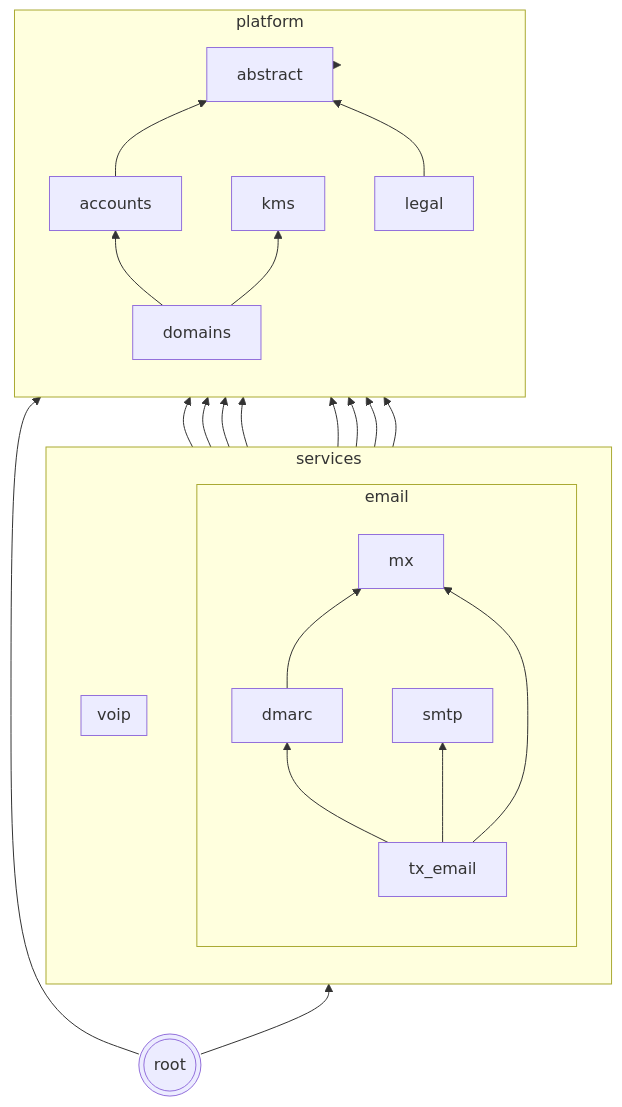
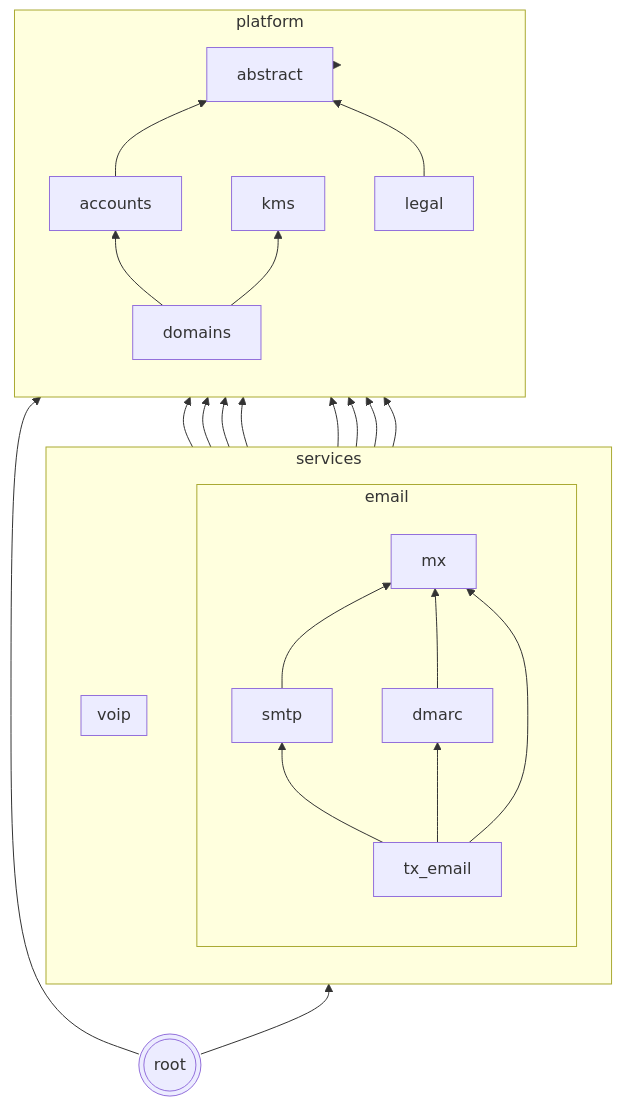
One commit to codingjoe/relay changed the diagram in README.md. Above: the diagram before and after it, drawn with Mermaid. The commit also changed 39 other files, not shown here.

````diff
--- a/README.md
+++ b/README.md
@@ -119,44 +119,45 @@
 ```mermaid
 graph BT
  abstract[abstract];
  kms[kms];
  subgraph platform
  direction BT
  accounts
  domains
  legal
  domains --> accounts
  accounts --> abstract
  domains --> kms
  legal --> abstract
  end
  subgraph services
  direction BT
  subgraph email
  direction BT
  tx_email[tx_email]
  smtp
  mx
  dmarc
  smtp --> accounts
  smtp --> domains
+ smtp --> mx
  mx --> accounts
  mx --> domains
  mx --> kms
  dmarc --> accounts
  dmarc --> domains
  dmarc --> mx
  tx_email --> smtp
  tx_email --> mx
  tx_email --> dmarc
  end
  subgraph voip
  direction BT
  end
  end
  services --> platform;
  platform --> abstract;
  root --> services;
  root --> platform;
  root(((root)))
 ```
````
